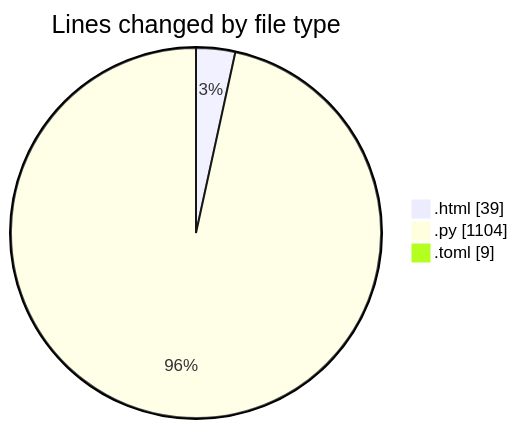
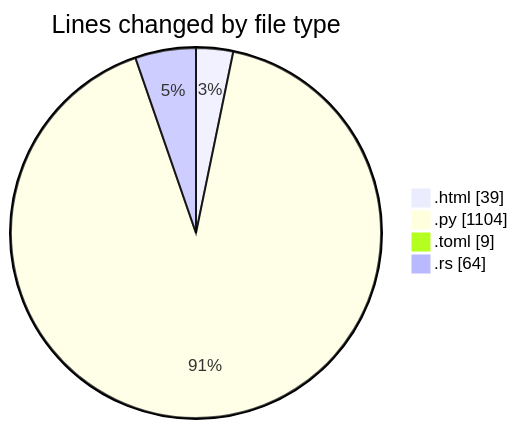
Before and after one commit to Ritupan-Deka/code-tracking: the first of 2 diagrams in 2025-06-22/___base/README.md, drawn with Mermaid. The commit also changed other lines of this file and 1 other file, not shown here.

````diff
--- a/2025-06-22/___base/README.md
+++ b/2025-06-22/___base/README.md
@@ -22,7 +24,8 @@
 ```mermaid
 pie showData
 title Lines changed by file type
 ".html" : 39
 ".py" : 1104
 ".toml" : 9
+".rs" : 64
 ```
````
